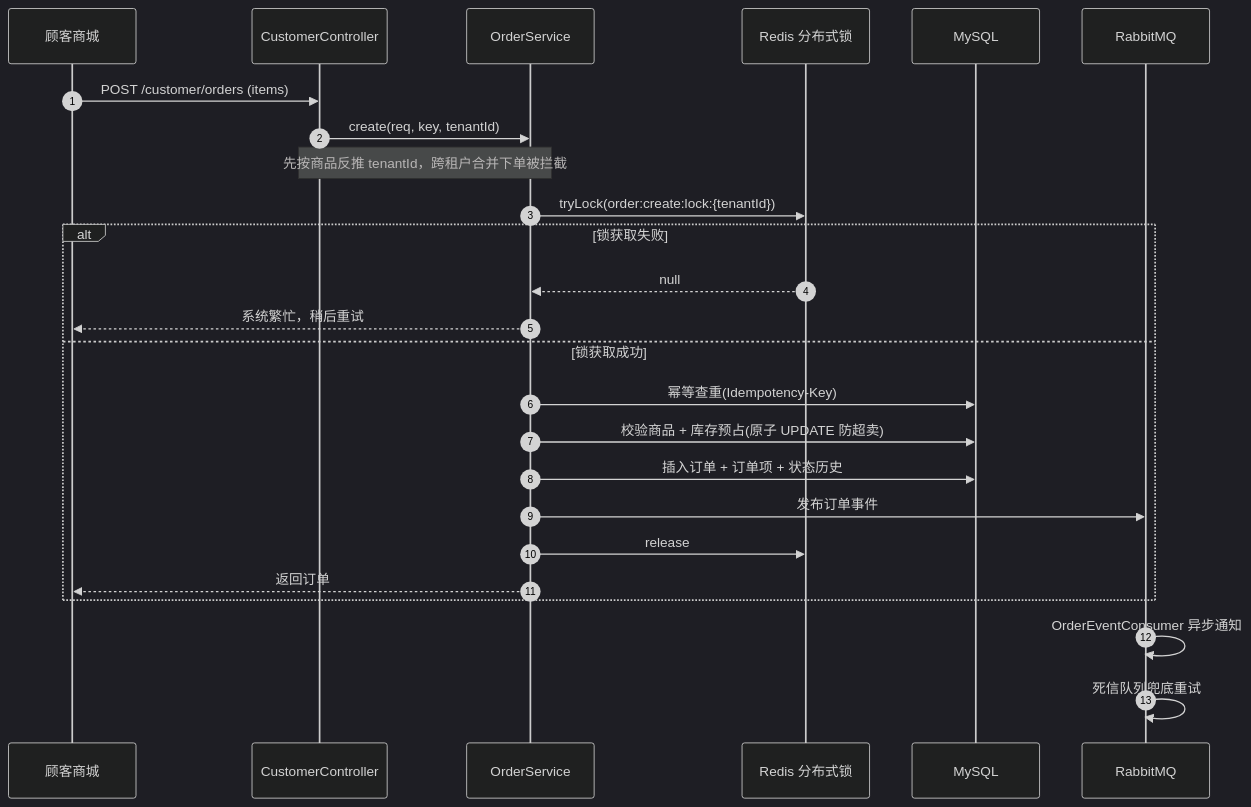
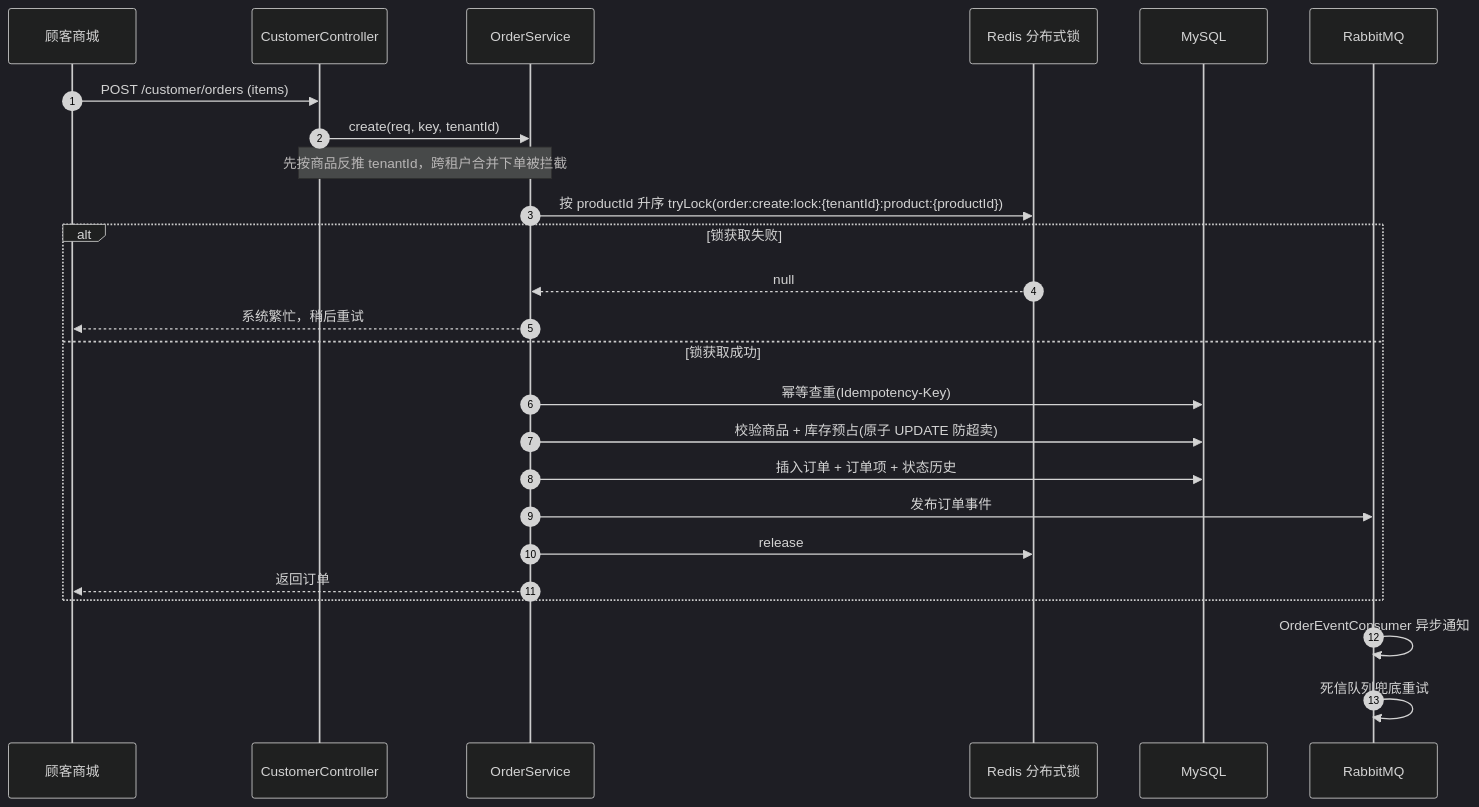
One commit to huoyu48/Trademall- changed the fourth of 7 diagrams in docs/PROJECT.md. Above: the diagram before and after it, drawn with Mermaid (dark theme). The commit also changed other lines of this file and 34 other files, not shown here.

Commit message:
feat: improve mall order and inventory flows

````diff
--- a/docs/PROJECT.md
+++ b/docs/PROJECT.md
@@ -151,28 +151,28 @@
 ```mermaid
 sequenceDiagram
     autonumber
     participant C as 顾客商城
     participant Ctrl as CustomerController
     participant Svc as OrderService
     participant Lock as Redis 分布式锁
     participant DB as MySQL
     participant MQ as RabbitMQ
 
     C->>Ctrl: POST /customer/orders (items)
     Ctrl->>Svc: create(req, key, tenantId)
     Note over Ctrl,Svc: 先按商品反推 tenantId，跨租户合并下单被拦截
-    Svc->>Lock: tryLock(order:create:lock:{tenantId})
+    Svc->>Lock: 按 productId 升序 tryLock(order:create:lock:{tenantId}:product:{productId})
     alt 锁获取失败
         Lock-->>Svc: null
         Svc-->>C: 系统繁忙，稍后重试
     else 锁获取成功
         Svc->>DB: 幂等查重(Idempotency-Key)
         Svc->>DB: 校验商品 + 库存预占(原子 UPDATE 防超卖)
         Svc->>DB: 插入订单 + 订单项 + 状态历史
         Svc->>MQ: 发布订单事件
         Svc->>Lock: release
         Svc-->>C: 返回订单
     end
     MQ->>MQ: OrderEventConsumer 异步通知
     MQ->>MQ: 死信队列兜底重试
 ```
````
